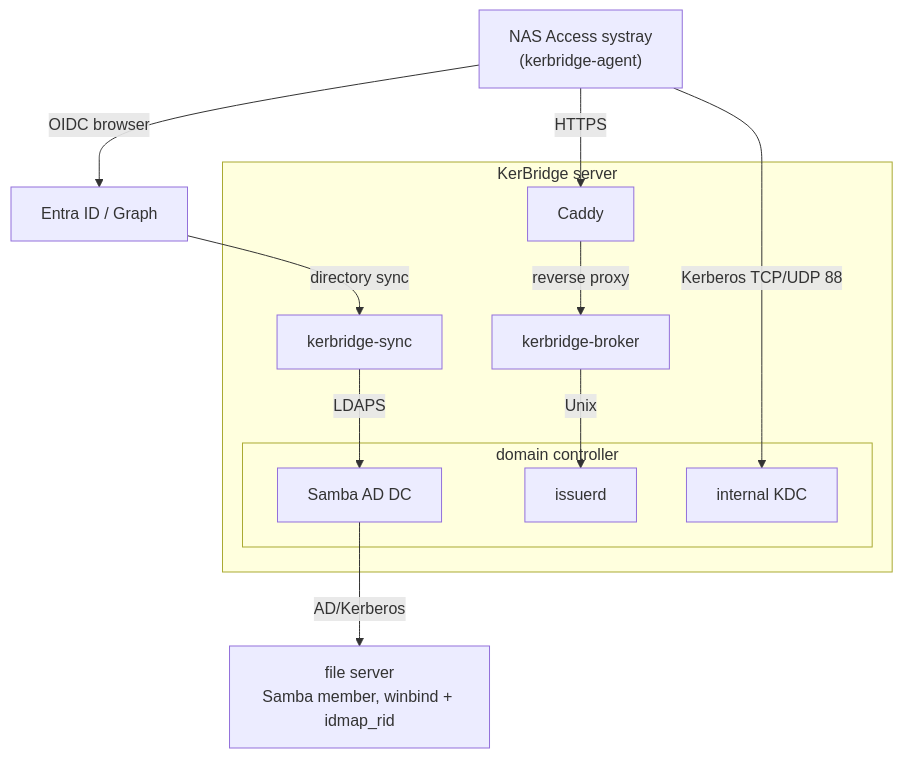
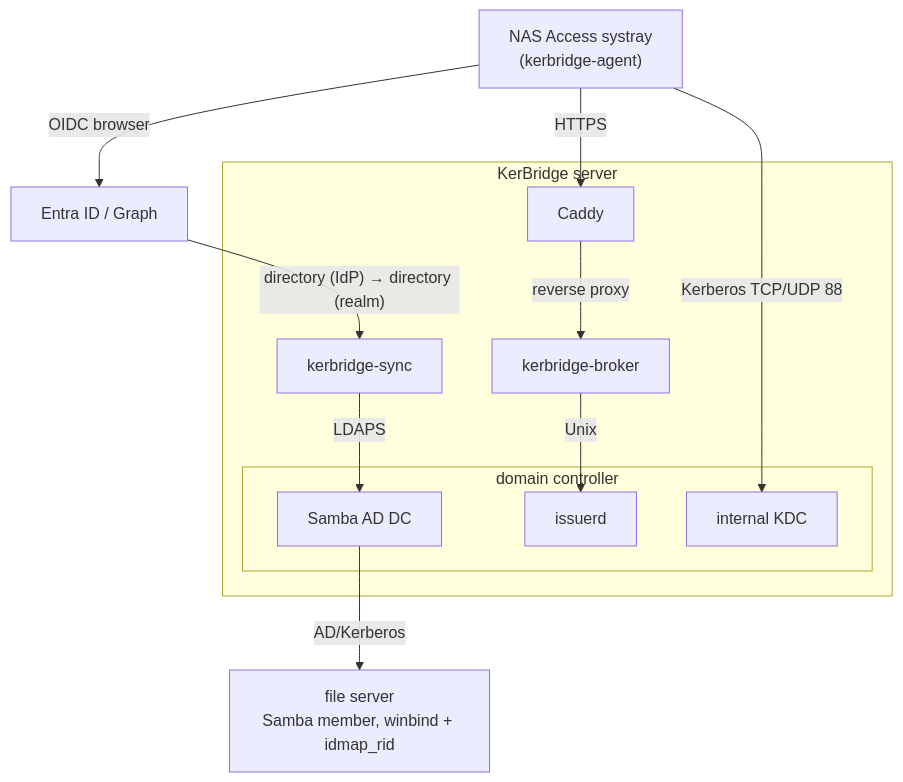
The diagram in README.md (elonen/kerbridge), drawn with Mermaid before and after one commit. The commit also changed other lines of this file and 66 other files, not shown here.

````diff
--- a/README.md
+++ b/README.md
@@ -63,25 +63,25 @@
 ```mermaid
 flowchart TB
   entra["Entra ID / Graph"]
   wh["NAS Access systray\n(kerbridge-agent)"]
   subgraph linux["KerBridge server"]
     caddy["Caddy"]
     broker["kerbridge-broker"]
     sync["kerbridge-sync"]
     subgraph realm["domain controller"]
       dc["Samba AD DC"]
       iss["issuerd"]
       dns["internal KDC"]
     end
   end
   nas["file server<br/>Samba member, winbind + idmap_rid"]
 
   wh -->|"OIDC browser"| entra
-  entra -->|"directory sync"| sync
+  entra -->|"directory (IdP) → directory (realm)"| sync
   wh -->|"HTTPS"| caddy
   caddy -->|"reverse proxy"| broker
   broker -->|"Unix"| iss
   sync -->|"LDAPS"| dc
   wh -->|"Kerberos TCP/UDP 88"| dns
   dc -->|"AD/Kerberos"| nas
 ```
````
